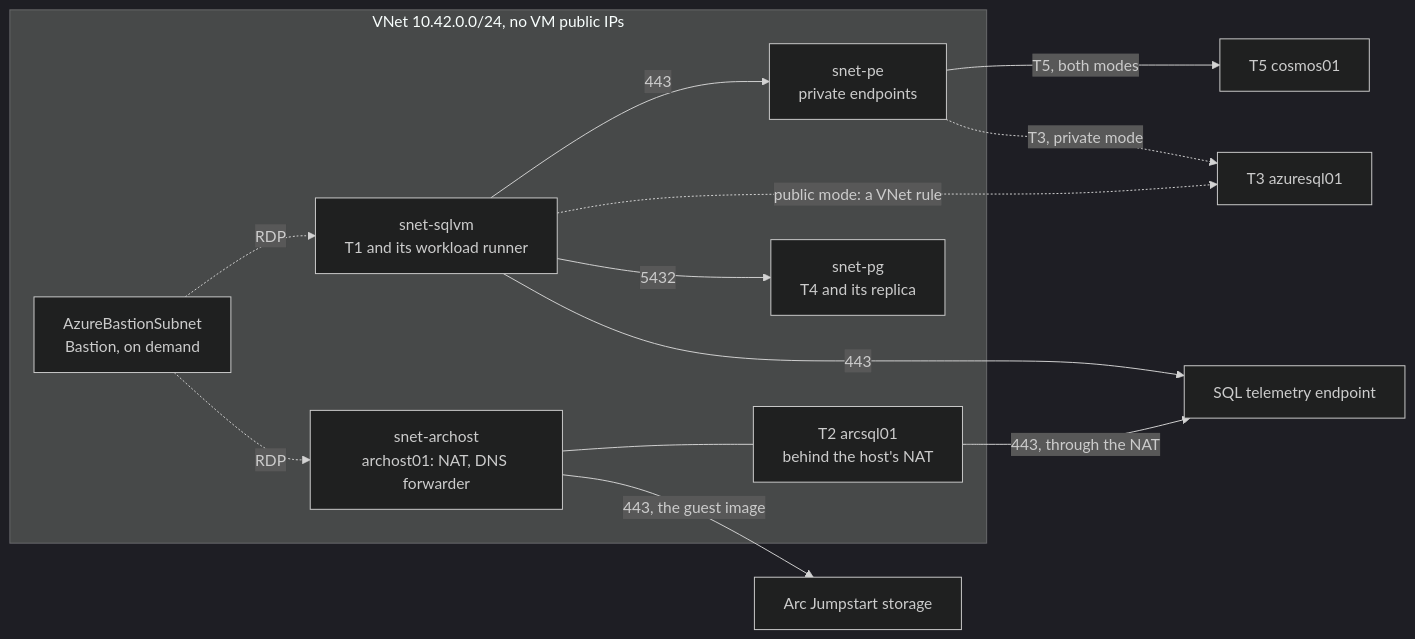
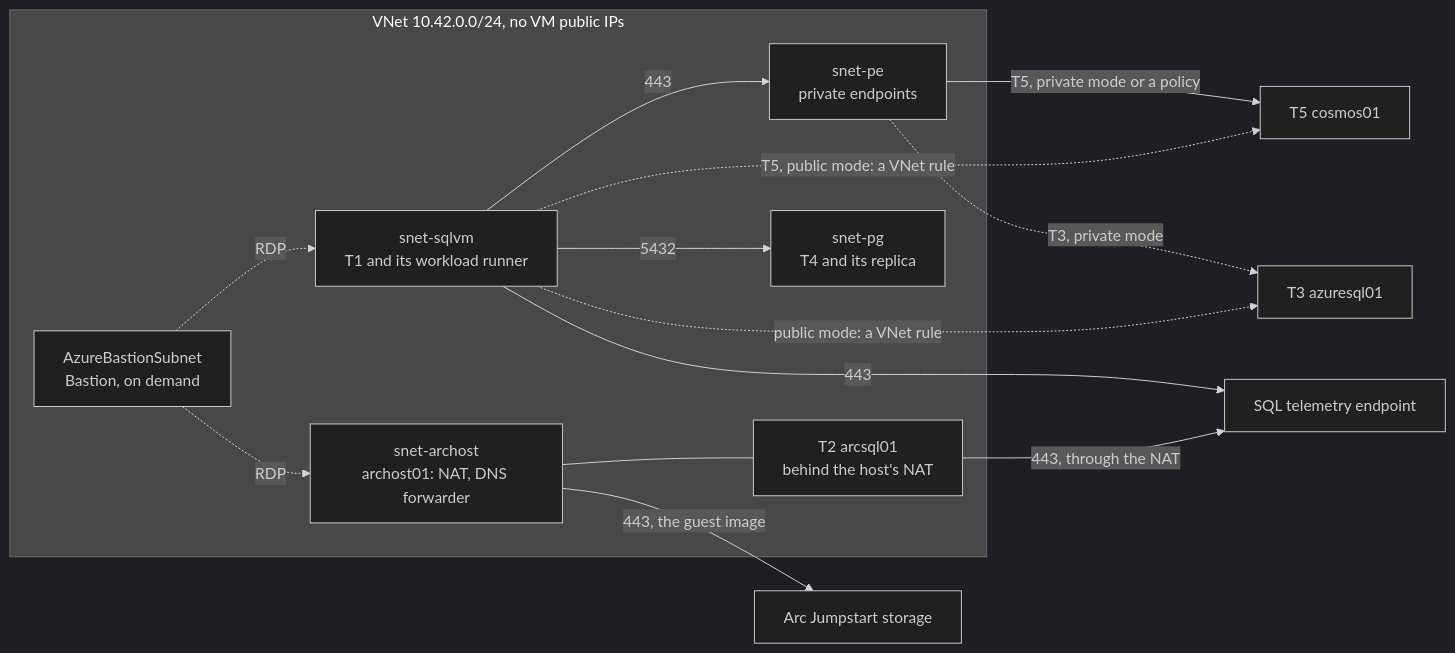
Before and after one commit to MarcBushong/fabric-database-hub-demo: the third of 4 diagrams in docs/architecture.md, drawn with Mermaid (dark theme). The commit also changed other lines of this file and 54 other files, not shown here.

````diff
--- a/docs/architecture.md
+++ b/docs/architecture.md
@@ -152,26 +152,27 @@
 ```mermaid
 flowchart LR
   subgraph VNET["VNet 10.42.0.0/24, no VM public IPs"]
     T1["snet-sqlvm<br/>T1 and its workload runner"]
     HOST["snet-archost<br/>archost01: NAT, DNS forwarder"]
     T2["T2 arcsql01<br/>behind the host's NAT"]
     PE["snet-pe<br/>private endpoints"]
     T4["snet-pg<br/>T4 and its replica"]
     BAS["AzureBastionSubnet<br/>Bastion, on demand"]
   end
   T3["T3 azuresql01"]
   T5["T5 cosmos01"]
   TEL["SQL telemetry endpoint"]
   JS["Arc Jumpstart storage"]
   T1 -->|"5432"| T4
   T1 -->|"443"| PE
-  PE -->|"T5, both modes"| T5
+  PE -->|"T5, private mode or a policy"| T5
+  T1 -.->|"T5, public mode: a VNet rule"| T5
   PE -.->|"T3, private mode"| T3
   T1 -.->|"public mode: a VNet rule"| T3
   T1 -->|"443"| TEL
   HOST --- T2
   T2 -->|"443, through the NAT"| TEL
   HOST -->|"443, the guest image"| JS
   BAS -.->|"RDP"| T1
   BAS -.->|"RDP"| HOST
 ```
````
